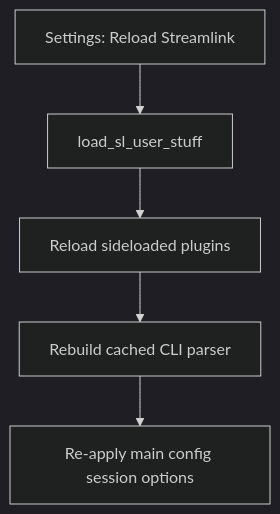
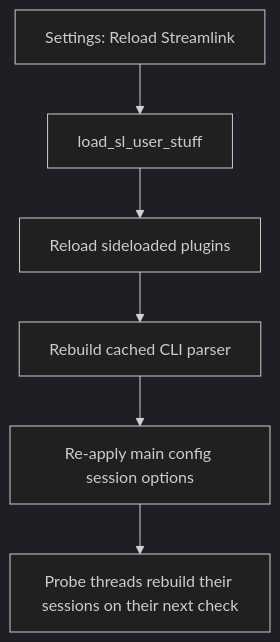
Before and after one commit to tarzasai/Lurkiti: the fifth of 6 diagrams in doc/runtime-workflows.md, drawn with Mermaid (dark theme). The commit also changed other lines of this file and 6 other files, not shown here.

````diff
--- a/doc/runtime-workflows.md
+++ b/doc/runtime-workflows.md
@@ -103,7 +103,8 @@
 ```mermaid
 flowchart TD
     A[Settings: Reload Streamlink] --> B[load_sl_user_stuff]
     B --> C[Reload sideloaded plugins]
     C --> D[Rebuild cached CLI parser]
     D --> E[Re-apply main config session options]
+    E --> F[Probe threads rebuild their sessions on their next check]
 ```
````
